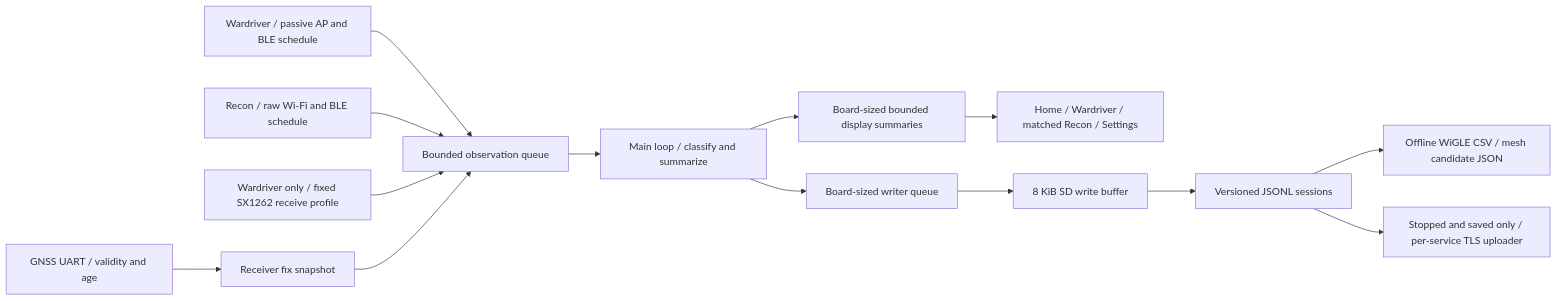
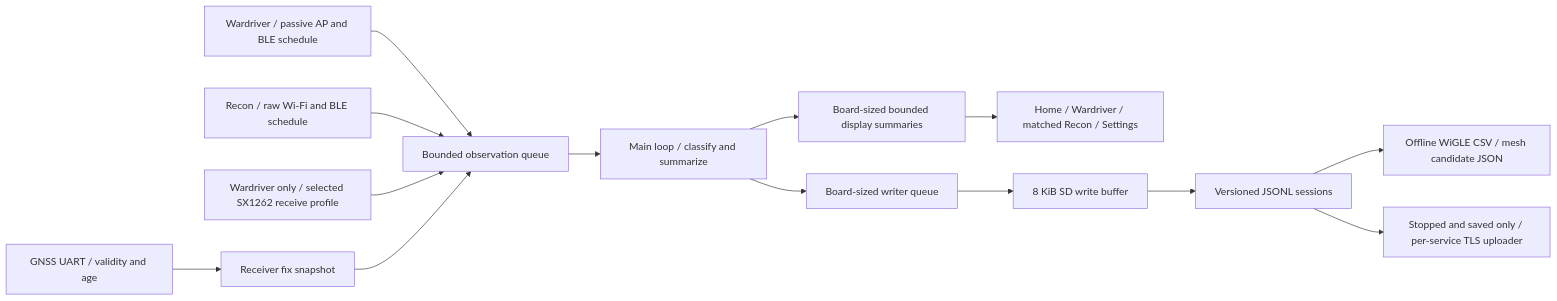
The diagram in docs/ARCHITECTURE.md (Uszi/LORA-Tunnel), drawn with Mermaid before and after one commit. The commit also changed other lines of this file and 55 other files, not shown here.

````diff
--- a/docs/ARCHITECTURE.md
+++ b/docs/ARCHITECTURE.md
@@ -25,16 +25,16 @@
 ```mermaid
 flowchart LR
   GNSS[GNSS UART / validity and age] --> Fix[Receiver fix snapshot]
   Drive[Wardriver / passive AP and BLE schedule] --> Q[Bounded observation queue]
   Recon[Recon / raw Wi-Fi and BLE schedule] --> Q
-  LoRa[Wardriver only / fixed SX1262 receive profile] --> Q
+  LoRa[Wardriver only / selected SX1262 receive profile] --> Q
   Fix --> Q
   Q --> Main[Main loop / classify and summarize]
   Main --> Cache[Board-sized bounded display summaries]
   Cache --> UI[Home / Wardriver / matched Recon / Settings]
   Main --> W[Board-sized writer queue]
   W --> Buffer[8 KiB SD write buffer]
   Buffer --> SD[Versioned JSONL sessions]
   SD --> Export[Offline WiGLE CSV / mesh candidate JSON]
   SD --> Upload[Stopped and saved only / per-service TLS uploader]
 ```
````
